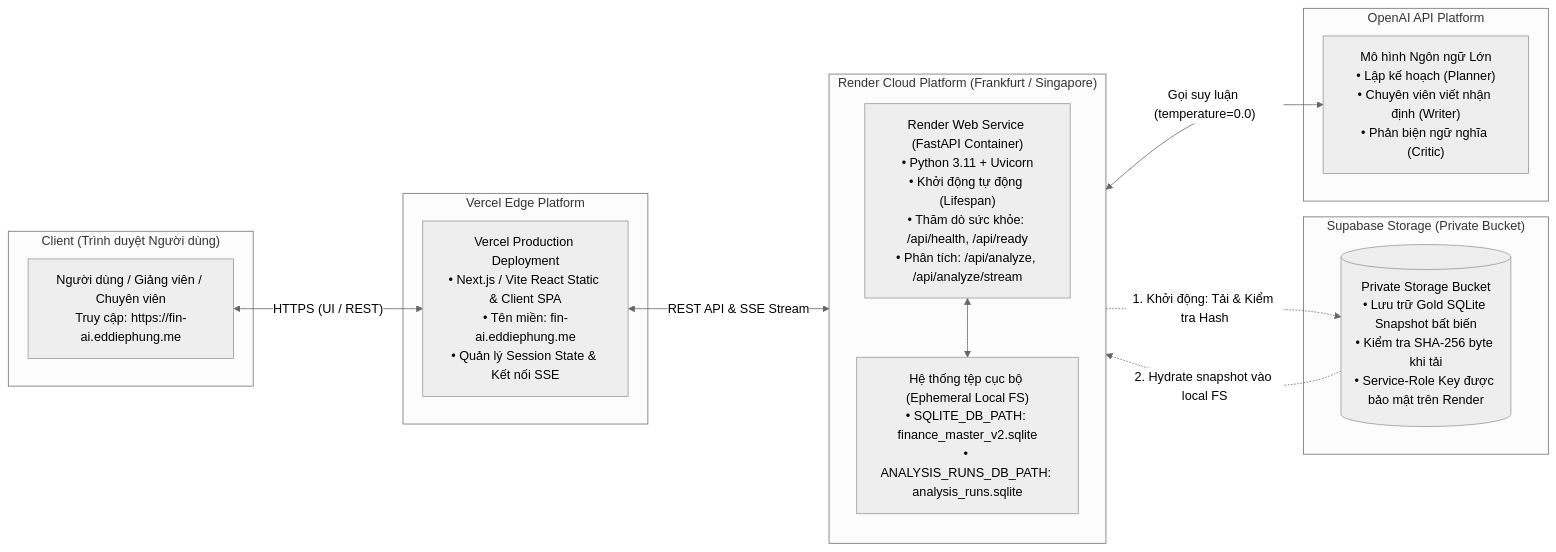
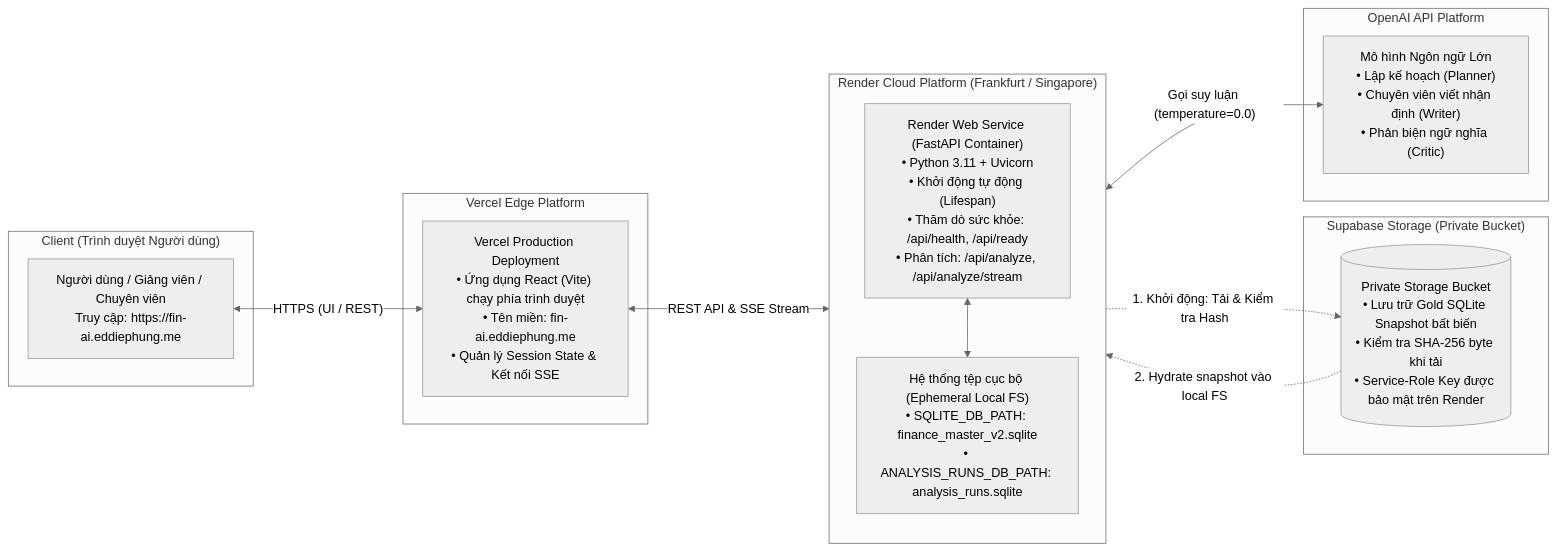
One commit to thaicuong576/final-thesis changed the fourth of 4 diagrams in docs/thesis-v2/chuong-4-thiet-ke-trien-khai.md. Above: the diagram before and after it, drawn with Mermaid (neutral theme). The commit also changed 5 other files, not shown here.

````diff
--- a/docs/thesis-v2/chuong-4-thiet-ke-trien-khai.md
+++ b/docs/thesis-v2/chuong-4-thiet-ke-trien-khai.md
@@ -384,33 +384,33 @@
 ```mermaid
 flowchart LR
     subgraph Client ["Client (Trình duyệt Người dùng)"]
         Browser["Người dùng / Giảng viên / Chuyên viên<br/>Truy cập: https://fin-ai.eddiephung.me"]
     end
 
     subgraph Vercel_Platform ["Vercel Edge Platform"]
-        FrontendHost["Vercel Production Deployment<br/>• Next.js / Vite React Static & Client SPA<br/>• Tên miền: fin-ai.eddiephung.me<br/>• Quản lý Session State & Kết nối SSE"]
+        FrontendHost["Vercel Production Deployment<br/>• Ứng dụng React (Vite) chạy phía trình duyệt<br/>• Tên miền: fin-ai.eddiephung.me<br/>• Quản lý Session State & Kết nối SSE"]
     end
 
     subgraph Render_Platform ["Render Cloud Platform (Frankfurt / Singapore)"]
         direction TB
         APIService["Render Web Service (FastAPI Container)<br/>• Python 3.11 + Uvicorn<br/>• Khởi động tự động (Lifespan)<br/>• Thăm dò sức khỏe: /api/health, /api/ready<br/>• Phân tích: /api/analyze, /api/analyze/stream"]
         
         LocalFS["Hệ thống tệp cục bộ (Ephemeral Local FS)<br/>• SQLITE_DB_PATH: finance_master_v2.sqlite<br/>• ANALYSIS_RUNS_DB_PATH: analysis_runs.sqlite"]
         APIService <--> LocalFS
     end
 
     subgraph Supabase_Platform ["Supabase Storage (Private Bucket)"]
         SnapshotStore[("Private Storage Bucket<br/>• Lưu trữ Gold SQLite Snapshot bất biến<br/>• Kiểm tra SHA-256 byte khi tải<br/>• Service-Role Key được bảo mật trên Render")]
     end
 
     subgraph OpenAI_Platform ["OpenAI API Platform"]
         LLMModels["Mô hình Ngôn ngữ Lớn<br/>• Lập kế hoạch (Planner)<br/>• Chuyên viên viết nhận định (Writer)<br/>• Phản biện ngữ nghĩa (Critic)"]
     end
 
     Browser <-->|"HTTPS (UI / REST)"| FrontendHost
     FrontendHost <-->|"REST API & SSE Stream"| APIService
     
     APIService -.->|"1. Khởi động: Tải & Kiểm tra Hash"| SnapshotStore
     SnapshotStore -.->|"2. Hydrate snapshot vào local FS"| LocalFS
     APIService <-->|"Gọi suy luận (temperature=0.0)"| LLMModels
 ```
````
